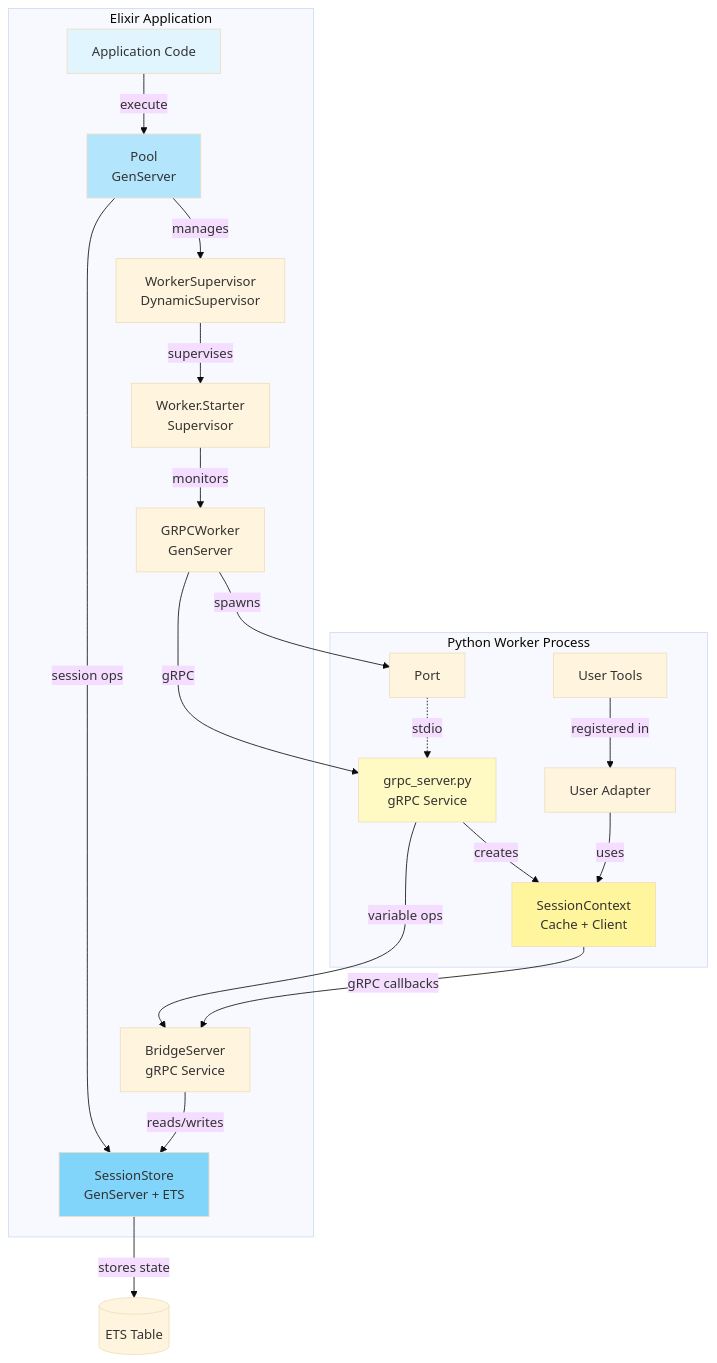
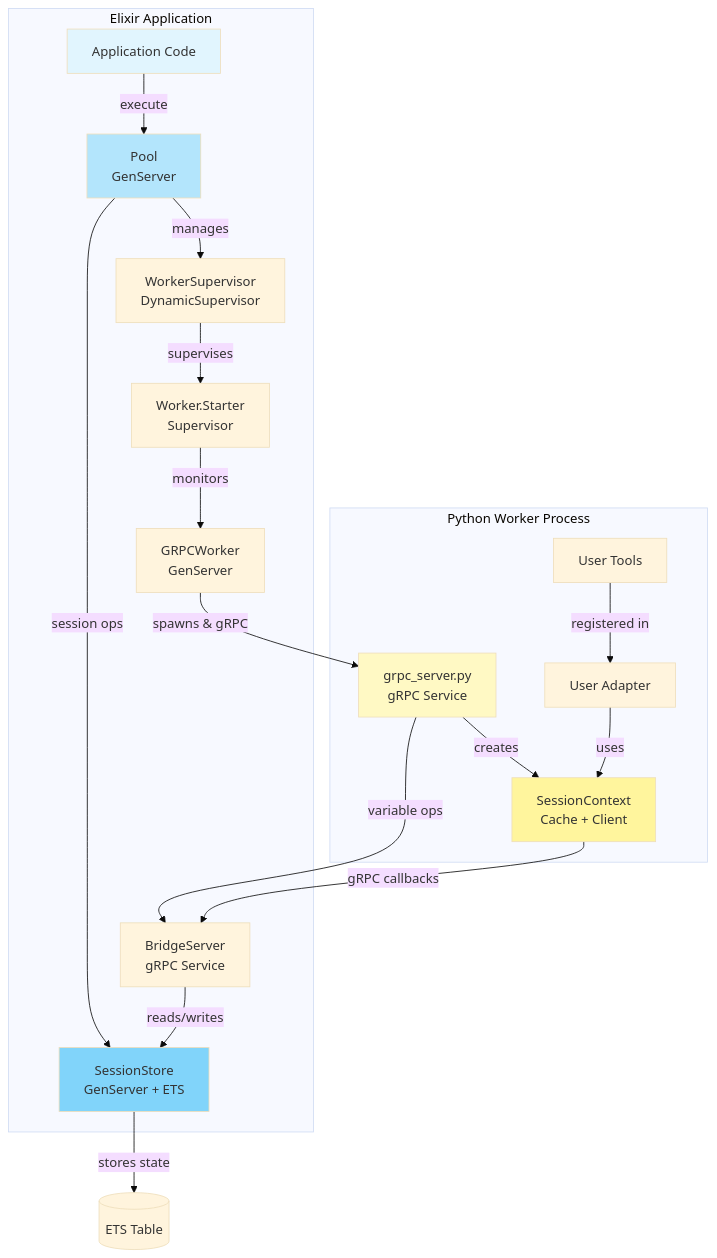
The first of 8 diagrams in DIAGS2.md (nshkrdotcom/snakepit), drawn with Mermaid (base theme) before and after one commit. The commit also changed other lines of this file and 7 other files, not shown here.

````diff
--- a/DIAGS2.md
+++ b/DIAGS2.md
@@ -5,45 +20,42 @@
 ```mermaid
 graph TB
     subgraph "Elixir Application"
         APP[Application Code]
         POOL[Pool<br/>GenServer]
         WS[WorkerSupervisor<br/>DynamicSupervisor]
         STARTER[Worker.Starter<br/>Supervisor]
         WORKER[GRPCWorker<br/>GenServer]
         SS[SessionStore<br/>GenServer + ETS]
         BS[BridgeServer<br/>gRPC Service]
     end
     
     subgraph "Python Worker Process"
-        PORT[Port]
         GRPC[grpc_server.py<br/>gRPC Service]
         CTX[SessionContext<br/>Cache + Client]
         ADAPTER[User Adapter]
         TOOLS[User Tools]
     end
     
     APP -->|execute| POOL
     POOL -->|manages| WS
     WS -->|supervises| STARTER
     STARTER -->|monitors| WORKER
-    WORKER -->|spawns| PORT
-    WORKER -->|gRPC| GRPC
-    PORT -.->|stdio| GRPC
+    WORKER -->|spawns & gRPC| GRPC
     
     POOL -->|session ops| SS
     SS -->|stores state| ETS[(ETS Table)]
     
     GRPC -->|variable ops| BS
     BS -->|reads/writes| SS
     
     GRPC -->|creates| CTX
     CTX -->|gRPC callbacks| BS
     ADAPTER -->|uses| CTX
     TOOLS -->|registered in| ADAPTER
     
     style APP fill:#e1f5fe
     style POOL fill:#b3e5fc
     style SS fill:#81d4fa
     style GRPC fill:#fff9c4
     style CTX fill:#fff59d
 ```
````
